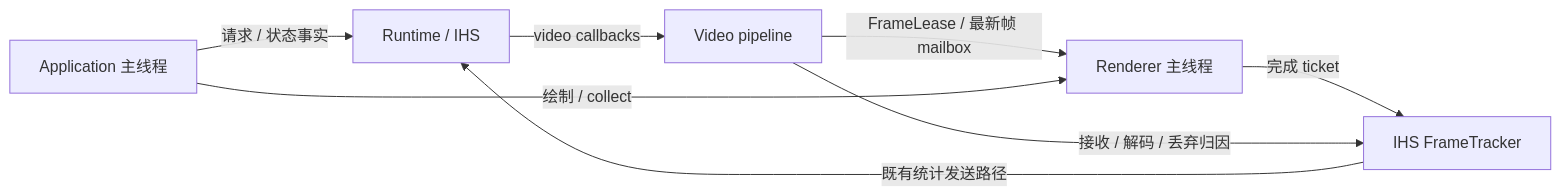
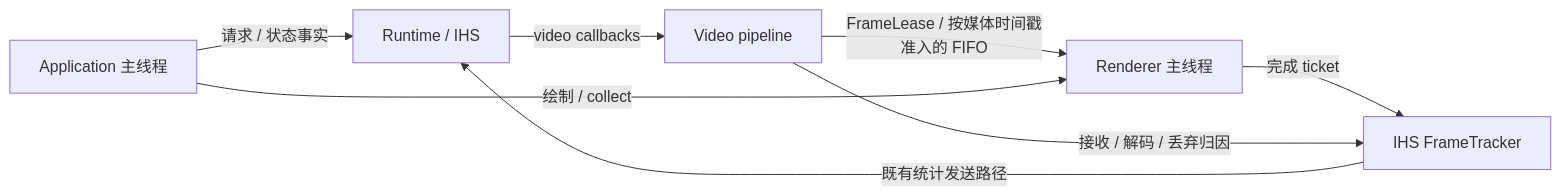
The diagram in docs/VIDEO_RENDERING_DESIGN.md (kxn/nsteamlink), drawn with Mermaid before and after one commit. The commit also changed other lines of this file and 14 other files, not shown here.

````diff
--- a/docs/VIDEO_RENDERING_DESIGN.md
+++ b/docs/VIDEO_RENDERING_DESIGN.md
@@ -103,10 +103,10 @@
 ```mermaid
 flowchart LR
     A[Application 主线程] -->|请求 / 状态事实| R[Runtime / IHS]
     R -->|video callbacks| V[Video pipeline]
-    V -->|FrameLease / 最新帧 mailbox| G[Renderer 主线程]
+    V -->|FrameLease / 按媒体时间戳准入的 FIFO| G[Renderer 主线程]
     A -->|绘制 / collect| G
     G -->|完成 ticket| T[IHS FrameTracker]
     V -->|接收 / 解码 / 丢弃归因| T
     T -->|既有统计发送路径| R
 ```
````
